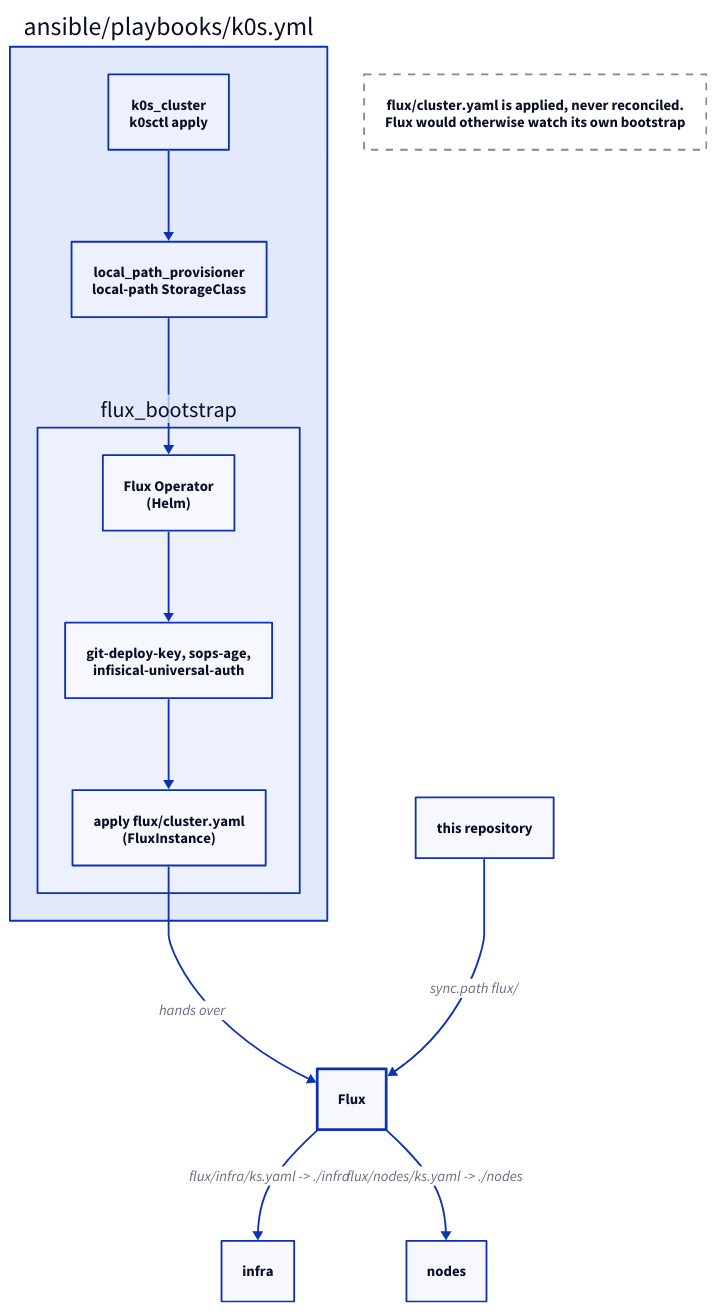
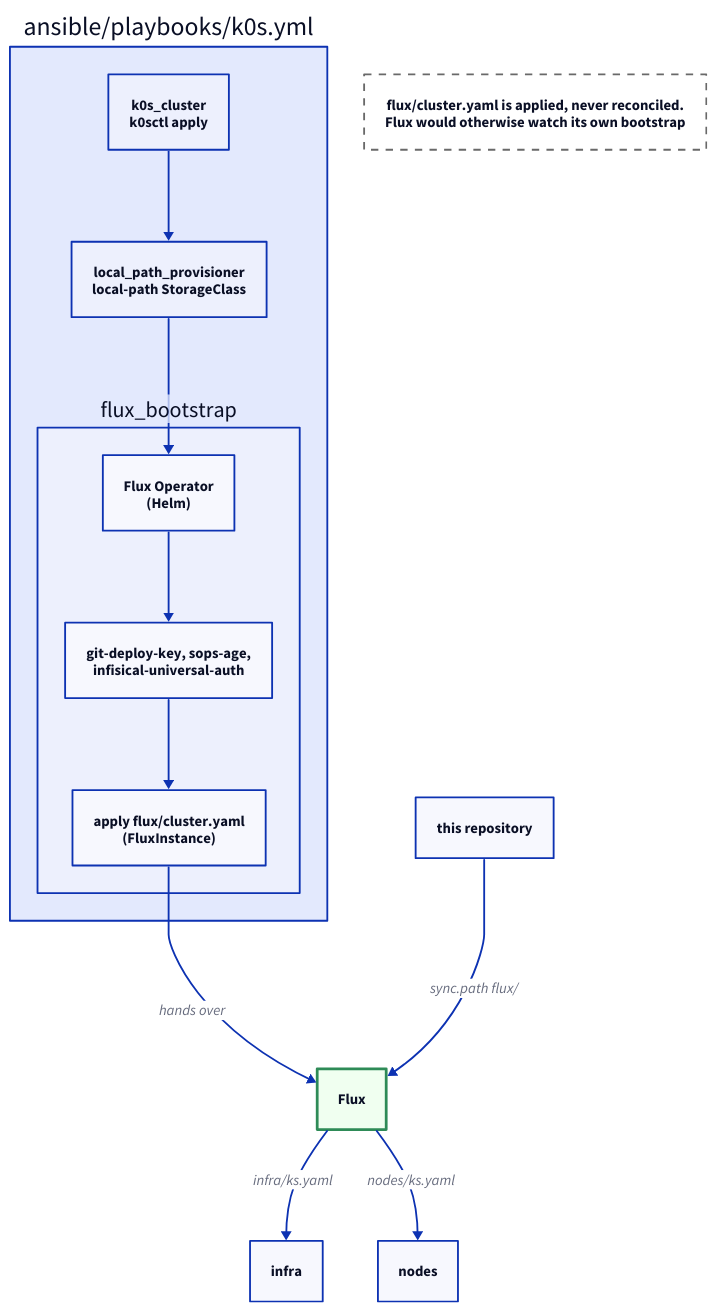
One commit to brewcoua/futhark changed the diagram in docs/src/gitops/flux.md. Above: the diagram before and after it, drawn with D2. The commit also changed other lines of this file and 9 other files, not shown here.

First line of the commit message:
docs: give every diagram a named role palette

````diff
--- a/docs/src/gitops/flux.md
+++ b/docs/src/gitops/flux.md
@@ -52,27 +54,42 @@
 ```d2
 direction: down
+
+classes: {
+  boundary: {
+    style: {
+      stroke-width: 3
+      stroke: seagreen
+      fill: honeydew
+    }
+  }
+  note: {
+    style: {
+      stroke: dimgray
+      stroke-dash: 4
+      fill: transparent
+    }
+  }
+}
 
 ansible: "ansible/playbooks/k0s.yml" {
   k0s: k0s_cluster\nk0sctl apply
   lpp: local_path_provisioner\nlocal-path StorageClass
   boot: flux_bootstrap {
     op: Flux Operator\n(Helm)
     seeds: "git-deploy-key, sops-age,\ninfisical-universal-auth"
     inst: "apply flux/cluster.yaml\n(FluxInstance)"
   }
   k0s -> lpp -> boot.op
   boot.op -> boot.seeds -> boot.inst
 }
 
-flux: Flux { style.stroke-width: 3 }
+flux: Flux { class: boundary }
 git: this repository
 
 ansible.boot.inst -> flux: hands over
 git -> flux: sync.path flux/
-flux -> infra: "flux/infra/ks.yaml -> ./infra"
-flux -> nodes: "flux/nodes/ks.yaml -> ./nodes"
+flux -> infra: infra/ks.yaml
+flux -> nodes: nodes/ks.yaml
 
-cluster: "flux/cluster.yaml is applied, never reconciled.\nFlux would otherwise watch its own bootstrap" {
-  style: { stroke-dash: 4; fill: transparent; stroke: "#888" }
-}
+cluster: "flux/cluster.yaml is applied, never reconciled.\nFlux would otherwise watch its own bootstrap" { class: note }
 ```
````
